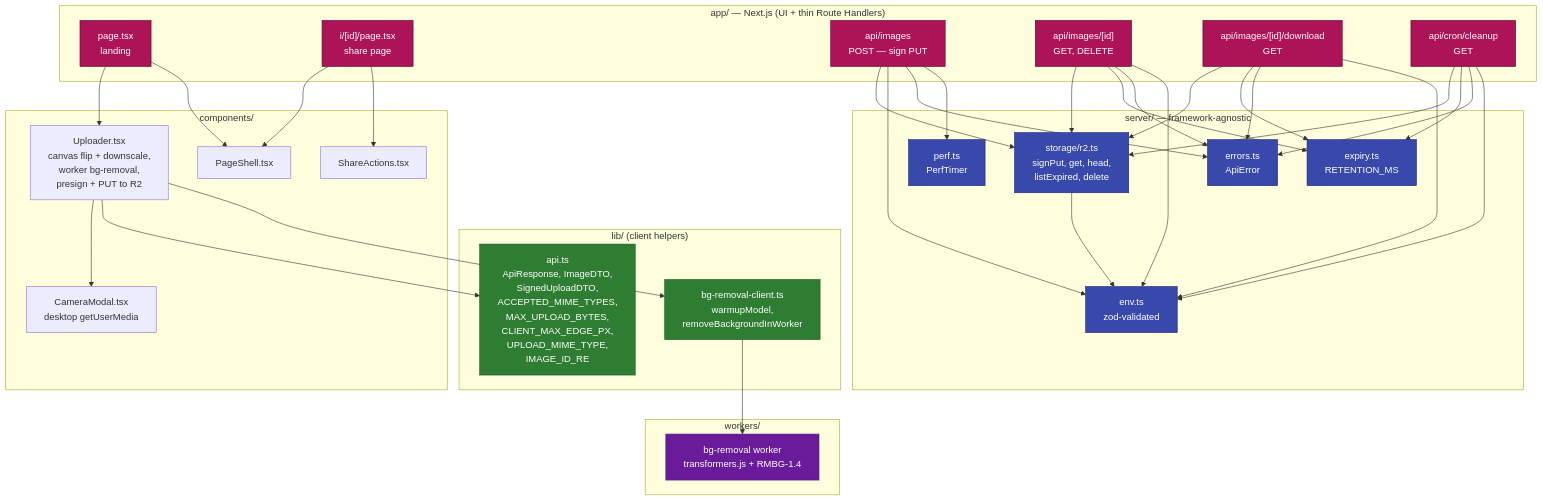
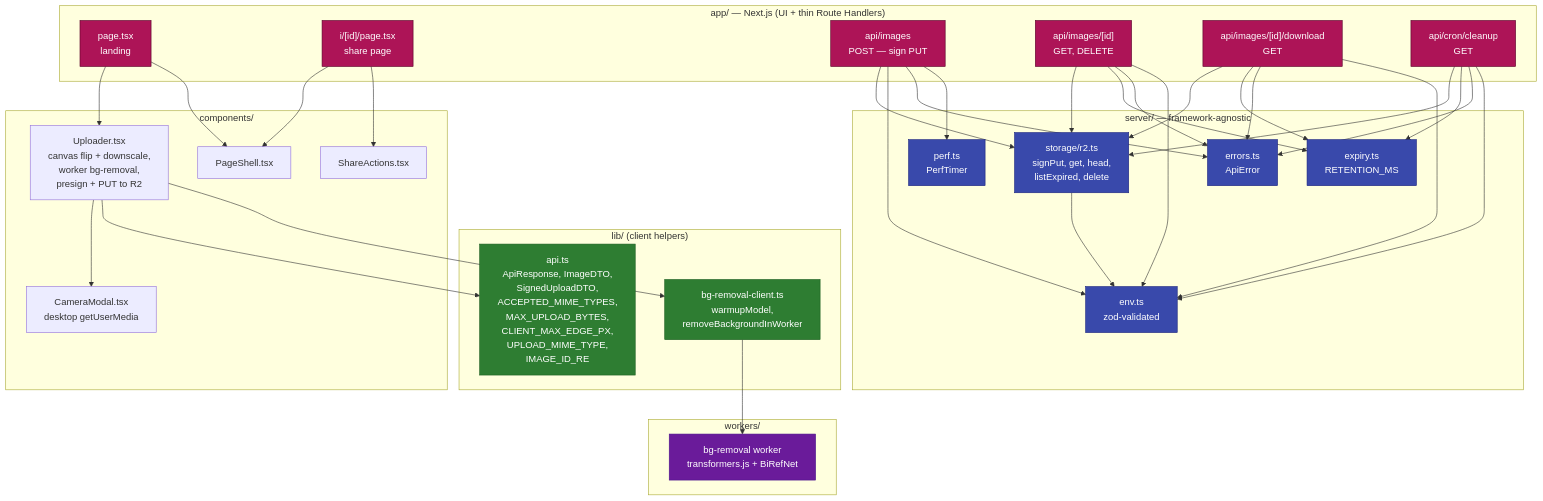
One commit to agustin-vaca/image-transformation changed the second of 5 diagrams in docs/ARCHITECTURE.md. Above: the diagram before and after it, drawn with Mermaid. The commit also changed other lines of this file and 2 other files, not shown here.

First line of the commit message:
feat(bg-removal): switch to BiRefNet (MIT) via @huggingface/transformers

````diff
--- a/docs/ARCHITECTURE.md
+++ b/docs/ARCHITECTURE.md
@@ -55,70 +55,70 @@
 ```mermaid
 flowchart TB
     subgraph app["app/ — Next.js (UI + thin Route Handlers)"]
         page[page.tsx<br/>landing]
         ipage["i/[id]/page.tsx<br/>share page"]
         upload["api/images<br/>POST — sign PUT"]
         meta["api/images/[id]<br/>GET, DELETE"]
         download["api/images/[id]/download<br/>GET"]
         cleanup[api/cron/cleanup<br/>GET]
     end
 
     subgraph components["components/"]
         uploader["Uploader.tsx<br/>canvas flip + downscale,<br/>worker bg-removal,<br/>presign + PUT to R2"]
         camera[CameraModal.tsx<br/>desktop getUserMedia]
         shell[PageShell.tsx]
         share[ShareActions.tsx]
     end
 
     subgraph workers["workers/"]
-        bgWorker[bg-removal worker<br/>transformers.js + RMBG-1.4]
+        bgWorker[bg-removal worker<br/>transformers.js + BiRefNet]
     end
 
     subgraph lib["lib/ (client helpers)"]
         api["api.ts<br/>ApiResponse, ImageDTO,<br/>SignedUploadDTO,<br/>ACCEPTED_MIME_TYPES,<br/>MAX_UPLOAD_BYTES,<br/>CLIENT_MAX_EDGE_PX,<br/>UPLOAD_MIME_TYPE,<br/>IMAGE_ID_RE"]
         bgClient[bg-removal-client.ts<br/>warmupModel,<br/>removeBackgroundInWorker]
     end
 
     subgraph server["server/ — framework-agnostic"]
         storage[storage/r2.ts<br/>signPut, get, head,<br/>listExpired, delete]
         env[env.ts<br/>zod-validated]
         errors[errors.ts<br/>ApiError]
         expiry[expiry.ts<br/>RETENTION_MS]
         perf[perf.ts<br/>PerfTimer]
     end
 
     page --> uploader
     page --> shell
     ipage --> shell
     ipage --> share
     uploader --> camera
     uploader --> api
     uploader --> bgClient
     bgClient --> bgWorker
     upload --> storage
     upload --> env
     upload --> errors
     upload --> perf
     meta --> storage
     meta --> expiry
     meta --> errors
     meta --> env
     download --> storage
     download --> expiry
     download --> errors
     download --> env
     cleanup --> storage
     cleanup --> expiry
     cleanup --> errors
     cleanup --> env
     storage --> env
 
     classDef serverNode fill:#3949ab,stroke:#1a237e,color:#fff
     classDef appNode fill:#ad1457,stroke:#560027,color:#fff
     classDef libNode fill:#2e7d32,stroke:#1b5e20,color:#fff
     classDef workerNode fill:#6a1b9a,stroke:#4a148c,color:#fff
     class storage,env,errors,expiry,perf serverNode
     class page,ipage,upload,meta,download,cleanup appNode
     class api,bgClient libNode
     class bgWorker workerNode
 ```
````
